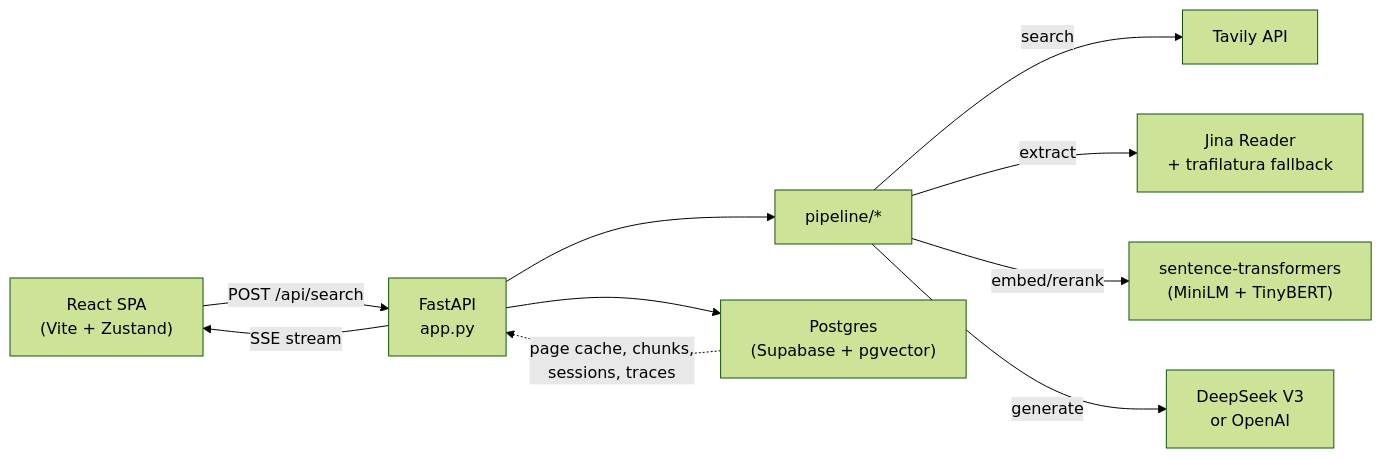
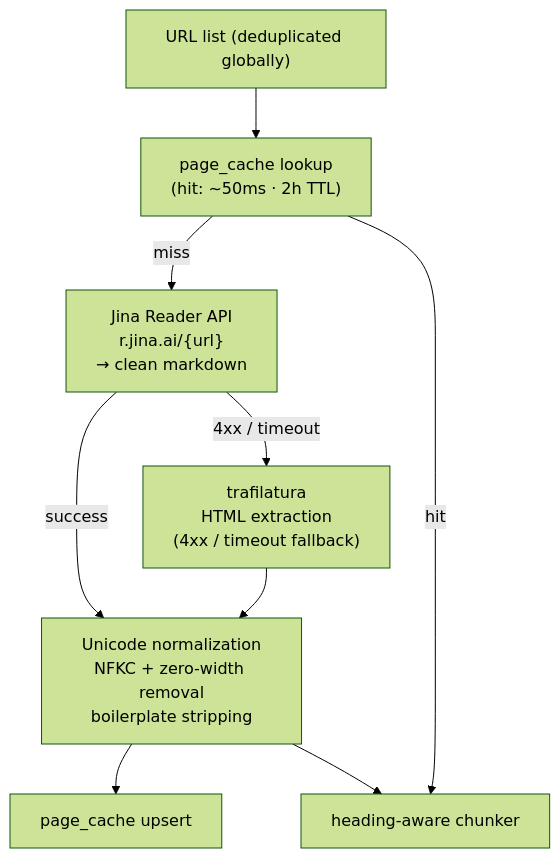
Before and after one commit to swapnil18800/weblens: the fourth of 6 diagrams in docs/ARCHITECTURE.md, drawn with Mermaid (forest theme). The commit also changed other lines of this file and 228 other files, not shown here.

````diff
--- a/docs/ARCHITECTURE.md
+++ b/docs/ARCHITECTURE.md
@@ -16,12 +287,19 @@
 ```mermaid
-graph LR
-    A["React SPA<br/>(Vite + Zustand)"] -->|POST /api/search| B["FastAPI<br/>app.py"]
-    B -->|SSE stream| A
-    B --> C["pipeline/*"]
-    C -->|search| D["Tavily API"]
-    C -->|extract| E["Jina Reader<br/>+ trafilatura fallback"]
-    C -->|embed/rerank| F["sentence-transformers<br/>(MiniLM + TinyBERT)"]
-    C -->|generate| G["DeepSeek V3<br/>or OpenAI"]
-    B --> H["Postgres<br/>(Supabase + pgvector)"]
-    H -.->|page cache, chunks,<br/>sessions, traces| B
+graph TD
+    URL["URL list (deduplicated globally)"]
+    PC["page_cache lookup<br/>(hit: ~50ms · 2h TTL)"]
+    JINA["Jina Reader API<br/>r.jina.ai/{url}<br/>→ clean markdown"]
+    TRAF["trafilatura<br/>HTML extraction<br/>(4xx / timeout fallback)"]
+    NORM["Unicode normalization<br/>NFKC + zero-width removal<br/>boilerplate stripping"]
+    STORE["page_cache upsert"]
+    CHUNKS["heading-aware chunker"]
+
+    URL --> PC
+    PC -->|miss| JINA
+    JINA -->|success| NORM
+    JINA -->|4xx / timeout| TRAF
+    TRAF --> NORM
+    NORM --> STORE
+    PC -->|hit| CHUNKS
+    NORM --> CHUNKS
 ```
````
